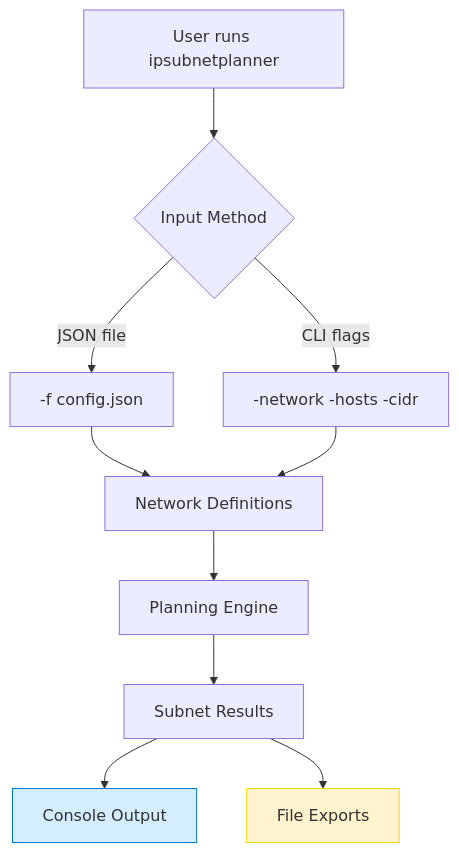
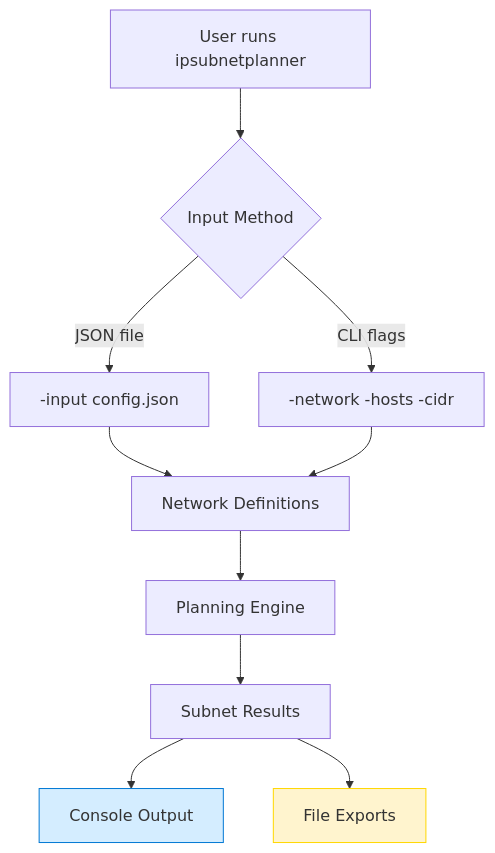
One commit to microsoft/IPSubnetPlanner changed the first of 3 diagrams in README.md. Above: the diagram before and after it, drawn with Mermaid. The commit also changed other lines of this file and 10 other files, not shown here.

````diff
--- a/README.md
+++ b/README.md
@@ -38,15 +38,15 @@
 ```mermaid
 flowchart TD
     A[User runs ipsubnetplanner] --> B{Input Method}
-    B -->|JSON file| C[-f config.json]
+    B -->|JSON file| C[-input config.json]
     B -->|CLI flags| D[-network -hosts -cidr]
     C --> E[Network Definitions]
     D --> E
     E --> F[Planning Engine]
     F --> G[Subnet Results]
     G --> H[Console Output]
     G --> I[File Exports]
     
     style H fill:#d4edff,stroke:#0078d4
     style I fill:#fff4ce,stroke:#ffd700
 ```
````
